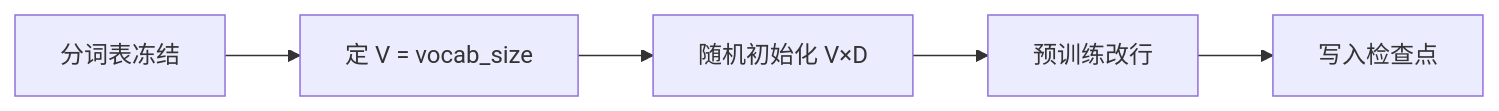
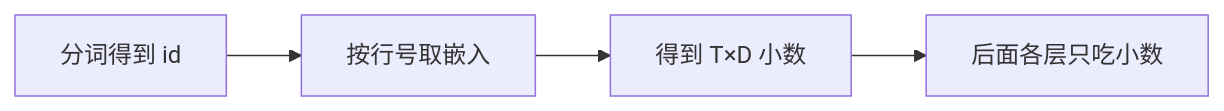
Before and after one commit to chaxus/arche: the diagram in web/src/content/beginner/cn/embedding.md, drawn with Mermaid. The commit also changed other lines of this file and 3 other files, not shown here.

````diff
--- a/web/src/content/beginner/cn/embedding.md
+++ b/web/src/content/beginner/cn/embedding.md
@@ -17,7 +37,6 @@
 ```mermaid
 flowchart LR
-  tok[分词表冻结] --> shape["定 V = vocab_size"]
-  shape --> init[随机初始化 V×D]
-  init --> pretrain[预训练改行]
-  pretrain --> ckpt[写入检查点]
+  ids[分词得到 id] --> gather[按行号取嵌入]
+  gather --> floats[得到 T×D 小数]
+  floats --> blocks[后面各层只吃小数]
 ```
````
